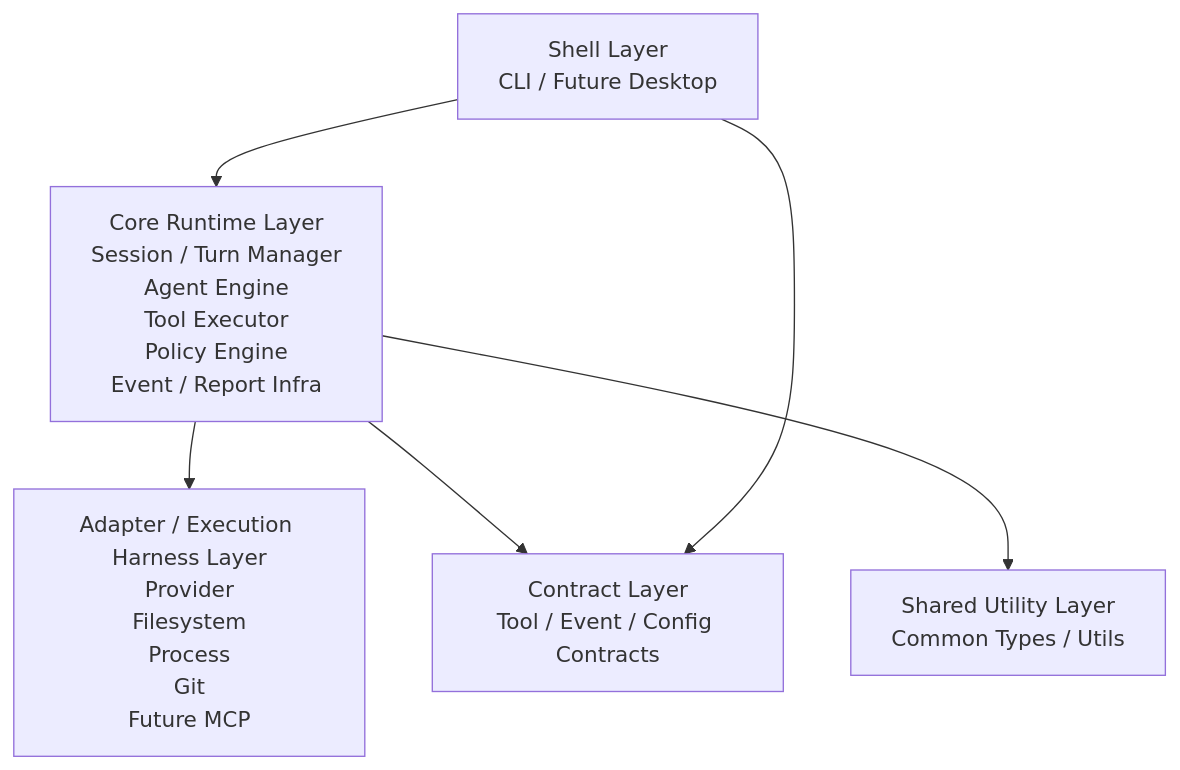
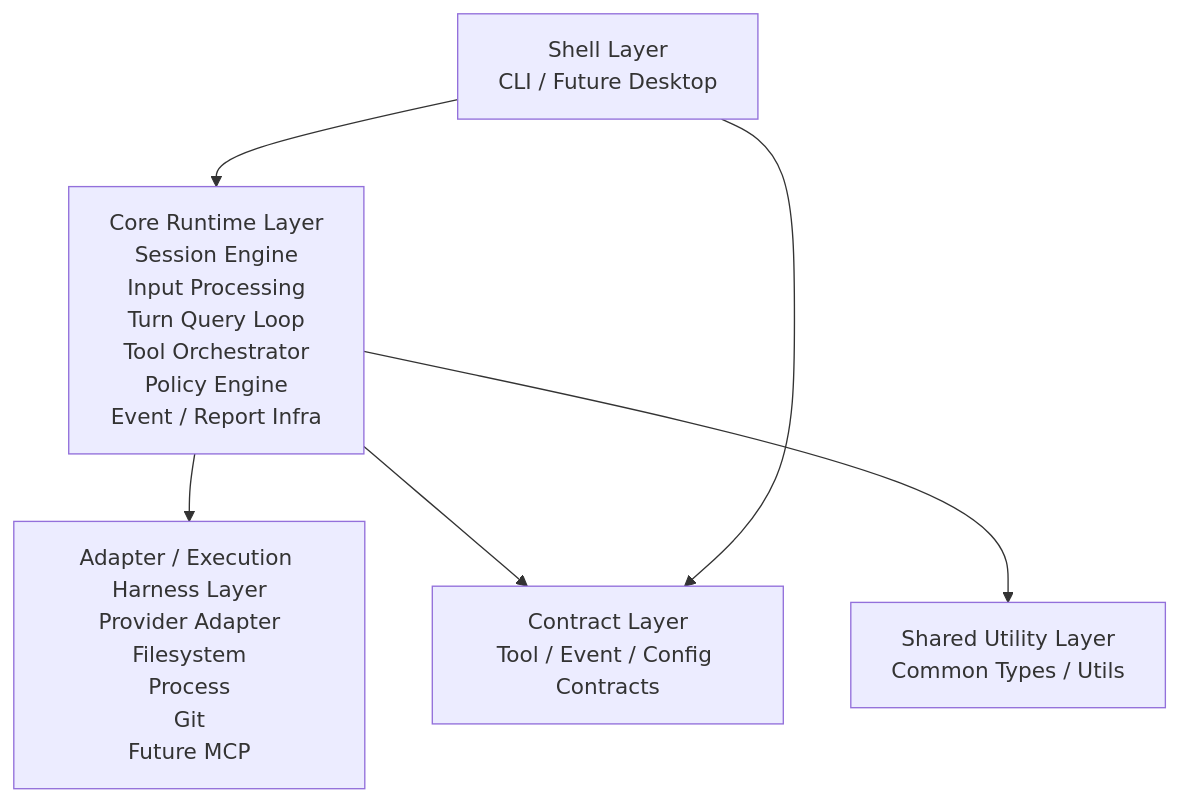
Before and after one commit to enzyme2013/code-orb: the diagram in docs/architecture/overview.md, drawn with Mermaid. The commit also changed other lines of this file and 48 other files, not shown here.

````diff
--- a/docs/architecture/overview.md
+++ b/docs/architecture/overview.md
@@ -18,18 +18,18 @@
 ```mermaid
 flowchart TB
   SHELL["Shell Layer<br/>CLI / Future Desktop"]
 
-  CORE["Core Runtime Layer<br/>Session / Turn Manager<br/>Agent Engine<br/>Tool Executor<br/>Policy Engine<br/>Event / Report Infra"]
+  CORE["Core Runtime Layer<br/>Session Engine<br/>Input Processing<br/>Turn Query Loop<br/>Tool Orchestrator<br/>Policy Engine<br/>Event / Report Infra"]
 
-  ADAPTERS["Adapter / Execution Harness Layer<br/>Provider<br/>Filesystem<br/>Process<br/>Git<br/>Future MCP"]
+  ADAPTERS["Adapter / Execution Harness Layer<br/>Provider Adapter<br/>Filesystem<br/>Process<br/>Git<br/>Future MCP"]
 
   CONTRACTS["Contract Layer<br/>Tool / Event / Config Contracts"]
 
   SHARED["Shared Utility Layer<br/>Common Types / Utils"]
 
   SHELL --> CORE
   CORE --> ADAPTERS
   CORE --> CONTRACTS
   CORE --> SHARED
   SHELL --> CONTRACTS
 ```
````
